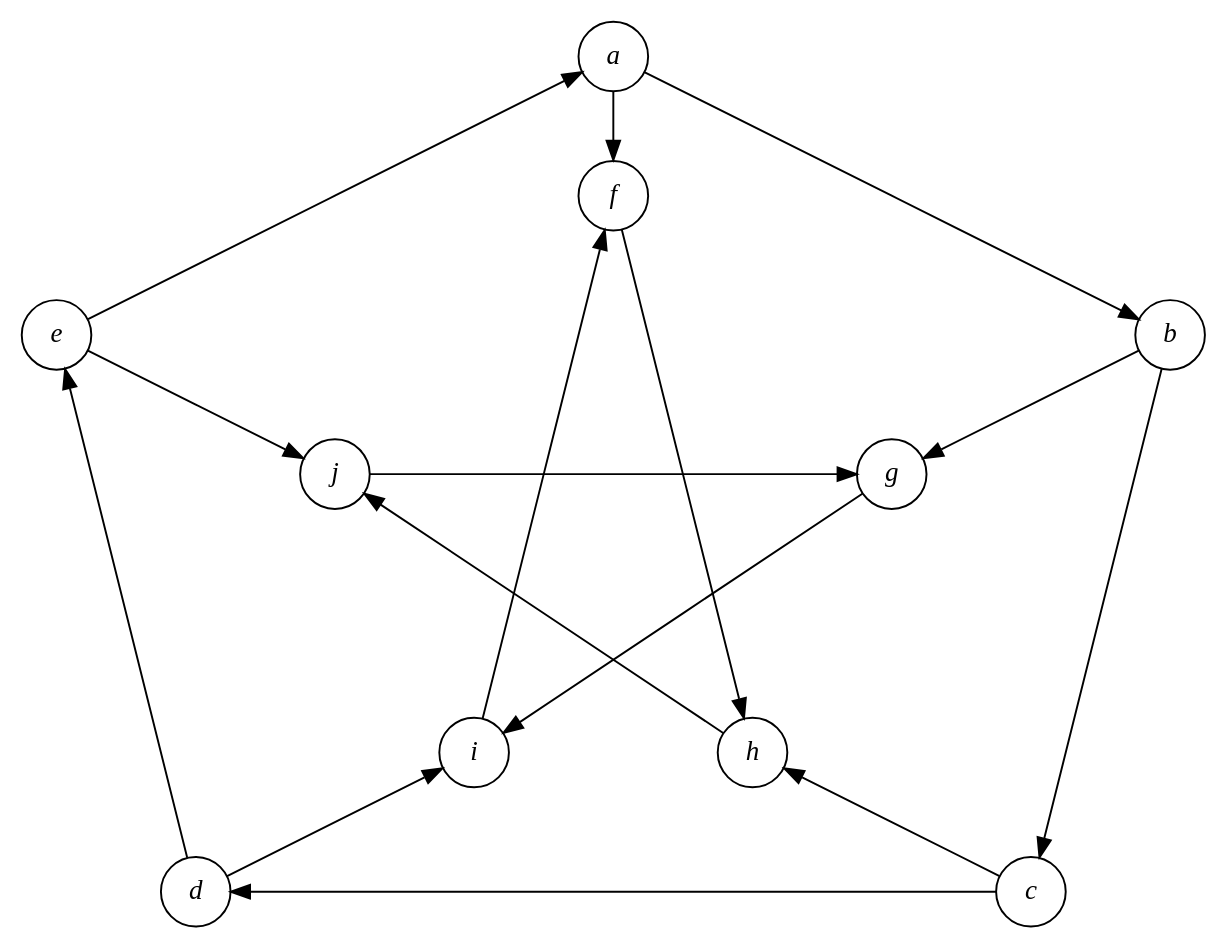
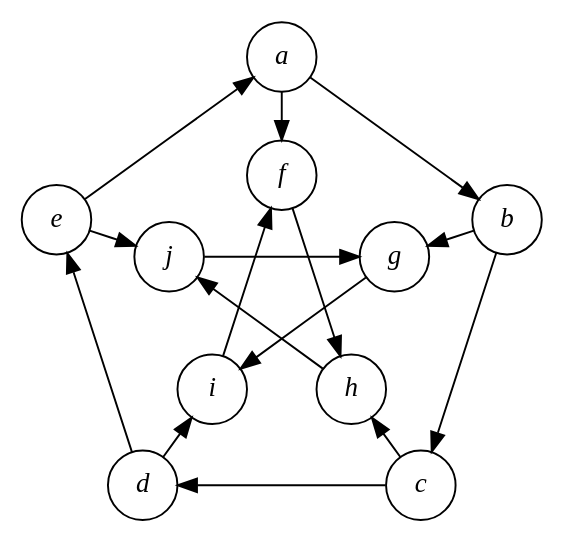
The diagram in src/Ubiquitous.Workbench/IndexedGraphs/05.gv (qbit86/arborescence), drawn with Graphviz before and after one commit.

Commit message:
Add coordinates of vertices to Petersen directed graph.

```diff
--- a/src/Ubiquitous.Workbench/IndexedGraphs/05.gv
+++ b/src/Ubiquitous.Workbench/IndexedGraphs/05.gv
@@ -1,29 +1,29 @@
 digraph "Petersen Directed" {
   layout="neato"
   node [shape=circle fontname="Times-Italic"]
-  a [pos="0,4!"]
-  b [pos="4,2!"]
-  c [pos="3,-2!"]
-  d [pos="-3,-2!"]
-  e [pos="-4,2!"]
-  f [pos="0,3!"]
-  g [pos="2,1!"]
-  h [pos="1,-1!"]
-  i [pos="-1,-1!"]
-  j [pos="-2,1!"]
+  a [pos="0,1.70!"]
+  b [pos="1.62,0.53!"]
+  c [pos="1,-1.38!"]
+  d [pos="-1,-1.38!"]
+  e [pos="-1.62,0.53!"]
+  f [pos="0,0.85!"]
+  g [pos="0.81,0.263!"]
+  h [pos="0.5,-0.69!"]
+  i [pos="-0.5,-0.69!"]
+  j [pos="-0.81,0.263!"]
   a -> b
   b -> c
   c -> d
   d -> e
   e -> a
   f -> h
   h -> j
   j -> g
   g -> i
   i -> f
   a -> f
   b -> g
   c -> h
   d -> i
   e -> j
 }
```
